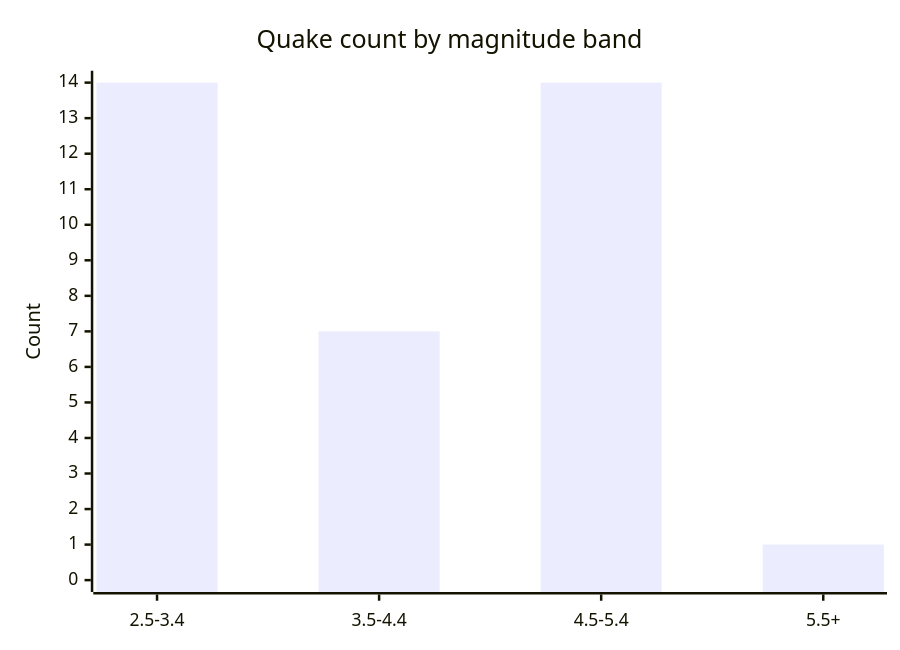
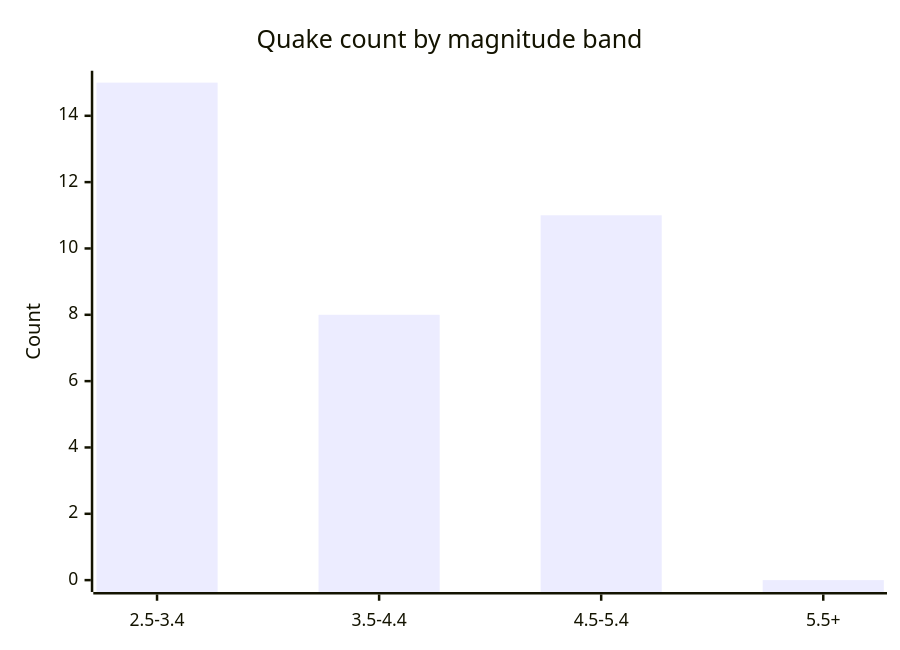
One commit to Midwest-Stratospheric/aerostratospheric-defense-gir changed the fifth of 6 diagrams in docs/GRAPHS.md. Above: the diagram before and after it, drawn with Mermaid. The commit also changed other lines of this file and 26 other files, not shown here.

````diff
--- a/docs/GRAPHS.md
+++ b/docs/GRAPHS.md
@@ -82,7 +82,7 @@
 ```mermaid
 xychart-beta
   title "Quake count by magnitude band"
   x-axis ["2.5-3.4", "3.5-4.4", "4.5-5.4", "5.5+"]
-  y-axis "Count" 0 --> 14
-  bar [14, 7, 14, 1]
+  y-axis "Count" 0 --> 15
+  bar [15, 8, 11, 0]
 ```
````
